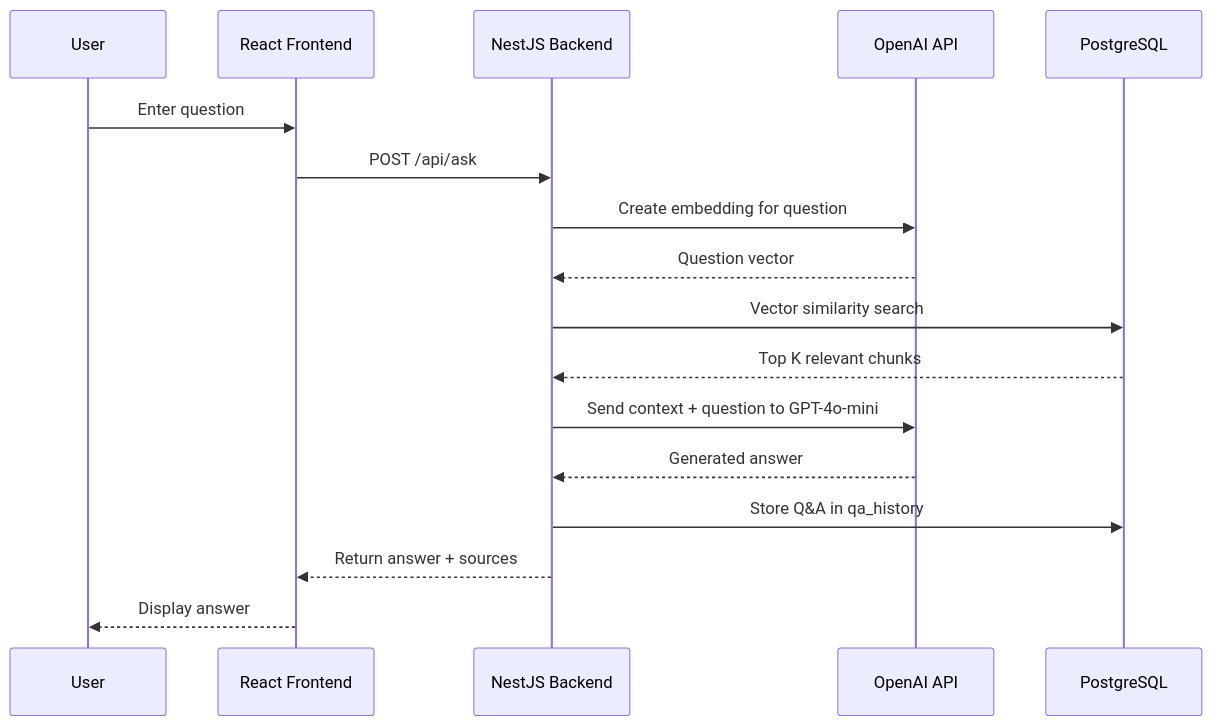
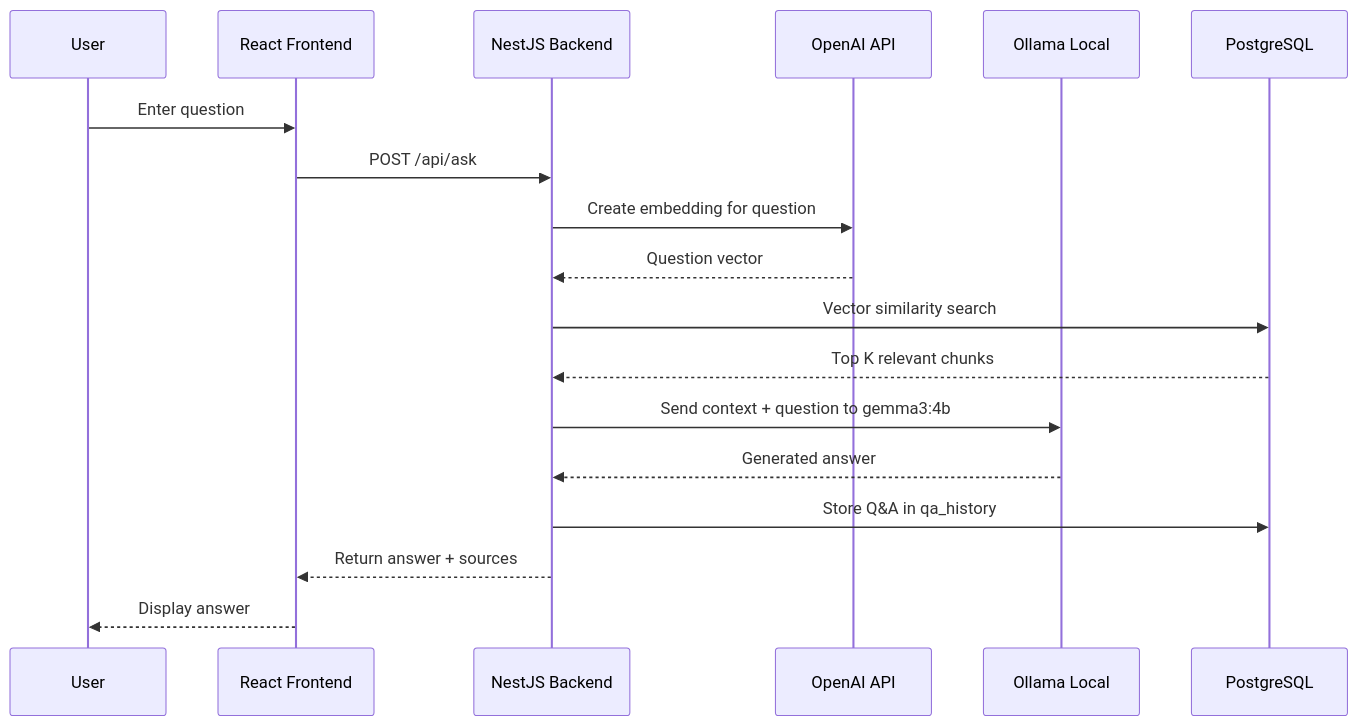
The third of 3 diagrams in diagrams/qa_system_architecture_85c97fbf.plan.md (Sanan4li/MS_AI_NLP_PROJECT), drawn with Mermaid before and after one commit. The commit also changed other lines of this file and 37 other files, not shown here.

Commit message:
implemented ollama with gemma3

````diff
--- a/diagrams/qa_system_architecture_85c97fbf.plan.md
+++ b/diagrams/qa_system_architecture_85c97fbf.plan.md
@@ -102,20 +98,21 @@
 ```mermaid
 sequenceDiagram
     participant User
     participant React as React Frontend
     participant NestJS as NestJS Backend
     participant OpenAI as OpenAI API
+    participant Ollama as Ollama Local
     participant PG as PostgreSQL
 
     User->>React: Enter question
     React->>NestJS: POST /api/ask
     NestJS->>OpenAI: Create embedding for question
     OpenAI-->>NestJS: Question vector
     NestJS->>PG: Vector similarity search
     PG-->>NestJS: Top K relevant chunks
-    NestJS->>OpenAI: Send context + question to GPT-4o-mini
-    OpenAI-->>NestJS: Generated answer
+    NestJS->>Ollama: Send context + question to gemma3:4b
+    Ollama-->>NestJS: Generated answer
     NestJS->>PG: Store Q&A in qa_history
     NestJS-->>React: Return answer + sources
     React-->>User: Display answer
 ```
````
